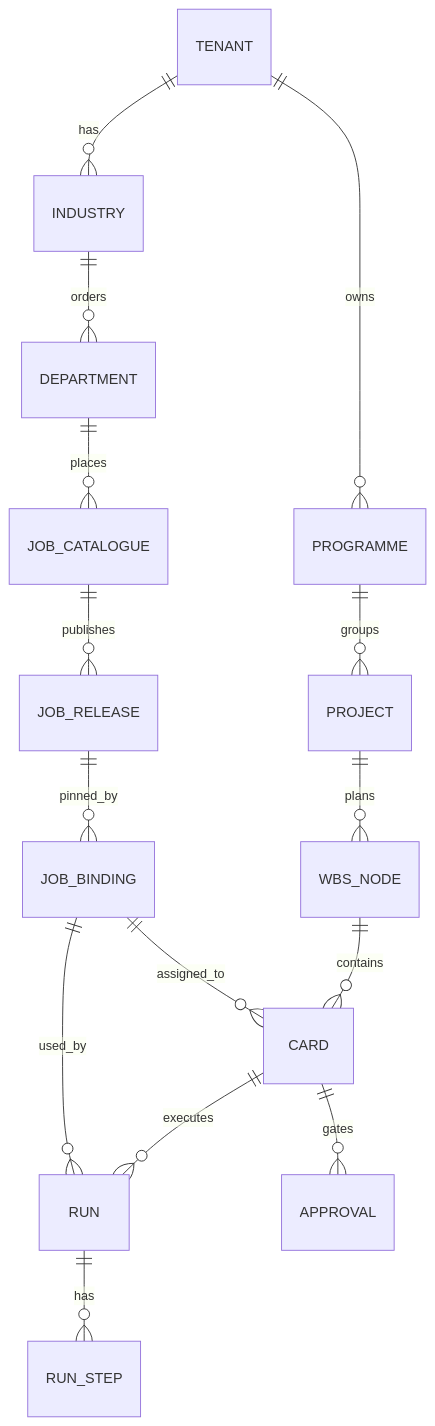
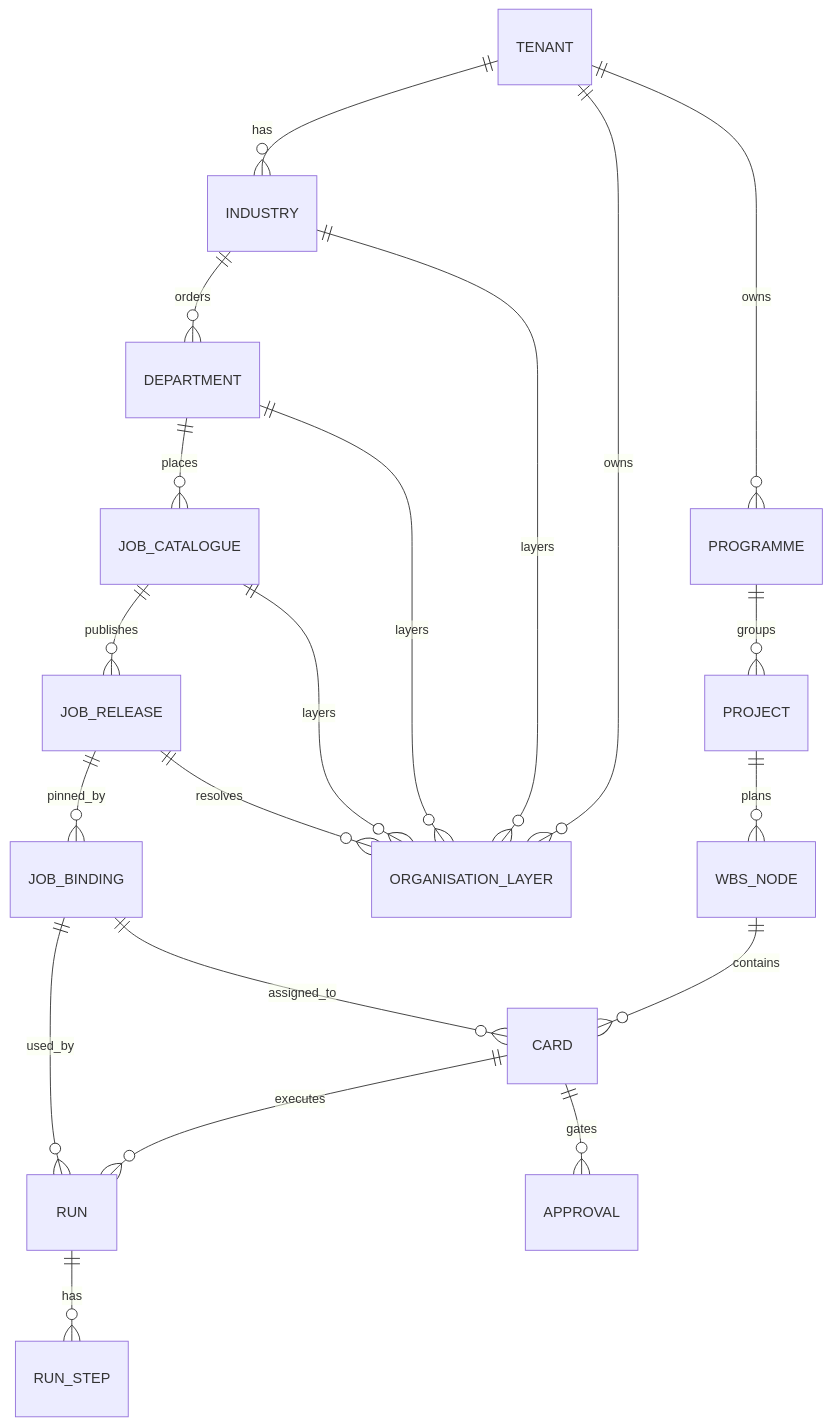
The diagram in docs/design/architecture/diagrams/er-organisation-work.mmd (nonagenticai/conveyor), drawn with Mermaid before and after one commit. The commit also changed 24 other files, not shown here.

First line of the commit message:
S21 step 11 (#697): artifacts — plan §23, ADRs 0019/0020, contract §29/§30, data-arch §2.31/§2.32, diagrams, receipts

```diff
--- a/docs/design/architecture/diagrams/er-organisation-work.mmd
+++ b/docs/design/architecture/diagrams/er-organisation-work.mmd
@@ -1,15 +1,20 @@
 erDiagram
   TENANT ||--o{ INDUSTRY : has
   INDUSTRY ||--o{ DEPARTMENT : orders
   DEPARTMENT ||--o{ JOB_CATALOGUE : places
   JOB_CATALOGUE ||--o{ JOB_RELEASE : publishes
   JOB_RELEASE ||--o{ JOB_BINDING : pinned_by
+  TENANT ||--o{ ORGANISATION_LAYER : owns
+  INDUSTRY ||--o{ ORGANISATION_LAYER : layers
+  DEPARTMENT ||--o{ ORGANISATION_LAYER : layers
+  JOB_CATALOGUE ||--o{ ORGANISATION_LAYER : layers
+  JOB_RELEASE ||--o{ ORGANISATION_LAYER : resolves
   TENANT ||--o{ PROGRAMME : owns
   PROGRAMME ||--o{ PROJECT : groups
   PROJECT ||--o{ WBS_NODE : plans
   WBS_NODE ||--o{ CARD : contains
   CARD ||--o{ RUN : executes
   RUN ||--o{ RUN_STEP : has
   CARD ||--o{ APPROVAL : gates
   JOB_BINDING ||--o{ CARD : assigned_to
   JOB_BINDING ||--o{ RUN : used_by
```
